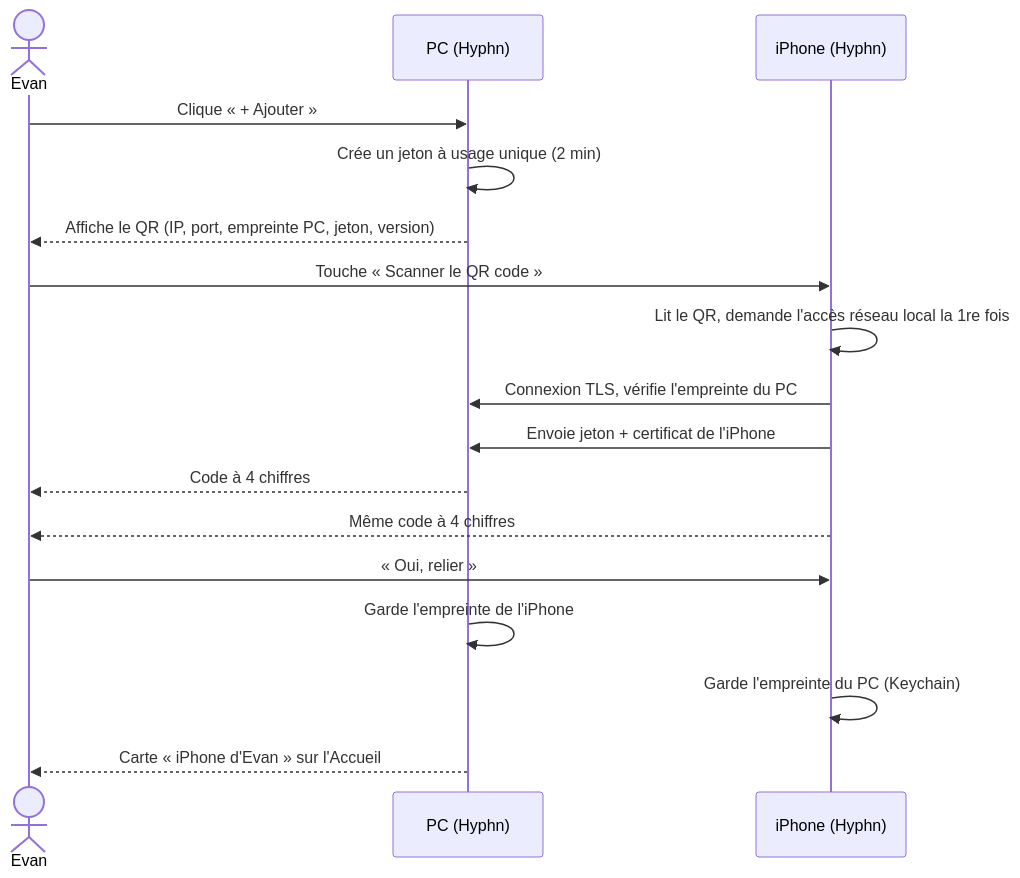
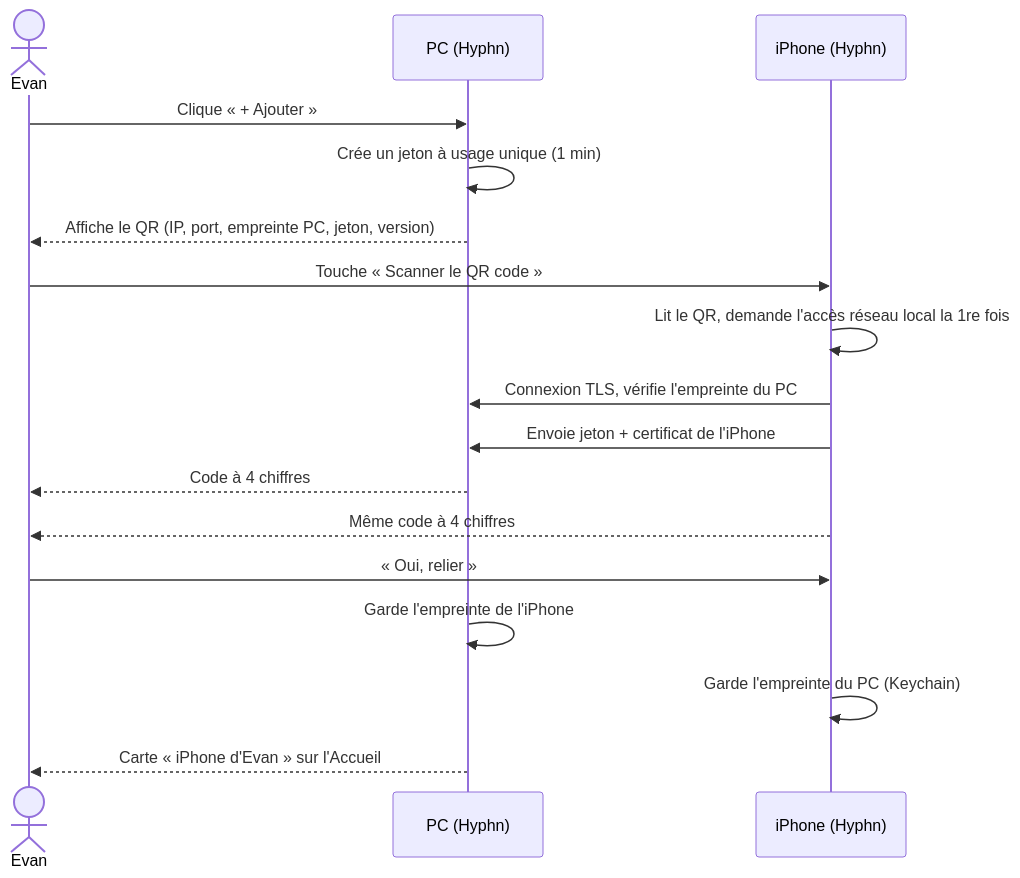
One commit to 1oma1e/Hyphn changed the first of 2 diagrams in docs/maquettes/Parcours - Scan QR.md. Above: the diagram before and after it, drawn with Mermaid. The commit also changed 7 other files, not shown here.

````diff
--- a/docs/maquettes/Parcours - Scan QR.md
+++ b/docs/maquettes/Parcours - Scan QR.md
@@ -6,19 +6,19 @@
 ```mermaid
 sequenceDiagram
   actor E as Evan
   participant P as PC (Hyphn)
   participant I as iPhone (Hyphn)
   E->>P: Clique « + Ajouter »
-  P->>P: Crée un jeton à usage unique (2 min)
+  P->>P: Crée un jeton à usage unique (1 min)
   P-->>E: Affiche le QR (IP, port, empreinte PC, jeton, version)
   E->>I: Touche « Scanner le QR code »
   I->>I: Lit le QR, demande l'accès réseau local la 1re fois
   I->>P: Connexion TLS, vérifie l'empreinte du PC
   I->>P: Envoie jeton + certificat de l'iPhone
   P-->>E: Code à 4 chiffres
   I-->>E: Même code à 4 chiffres
   E->>I: « Oui, relier »
   P->>P: Garde l'empreinte de l'iPhone
   I->>I: Garde l'empreinte du PC (Keychain)
   P-->>E: Carte « iPhone d'Evan » sur l'Accueil
 ```
````
